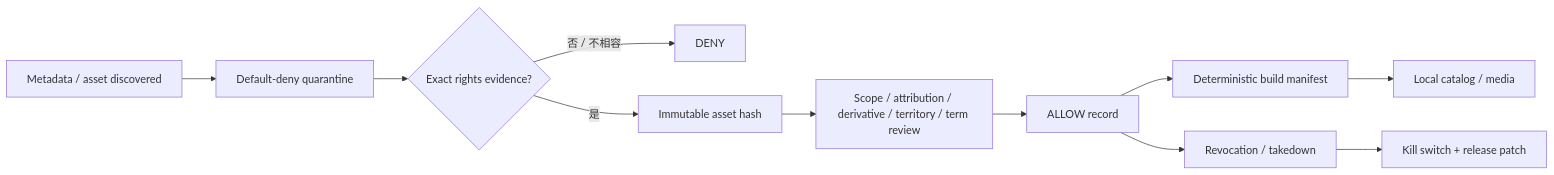
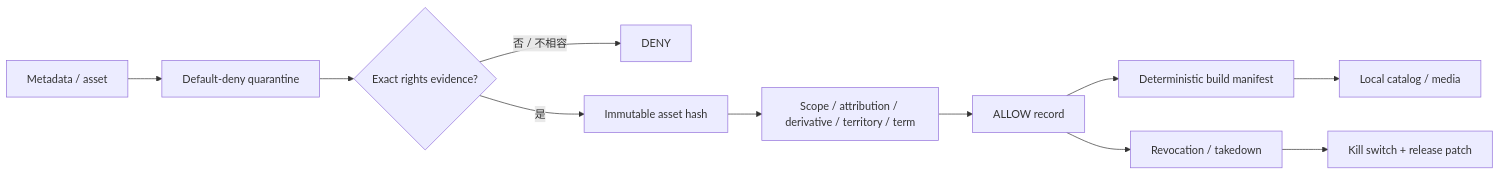
Before and after one commit to ed3c/gym-come-true: the third of 4 diagrams in README.zh-TW.md, drawn with Mermaid. The commit also changed other lines of this file and 4 other files, not shown here.

````diff
--- a/README.zh-TW.md
+++ b/README.zh-TW.md
@@ -141,13 +139,13 @@
 ```mermaid
 flowchart LR
-    Discover[Metadata / asset discovered] --> Quarantine[Default-deny quarantine]
+    Discover[Metadata / asset] --> Quarantine[Default-deny quarantine]
     Quarantine --> Rights{Exact rights evidence?}
     Rights -->|否 / 不相容| Deny[DENY]
     Rights -->|是| Hash[Immutable asset hash]
-    Hash --> Review[Scope / attribution / derivative / territory / term review]
+    Hash --> Review[Scope / attribution / derivative / territory / term]
     Review --> Allow[ALLOW record]
     Allow --> Package[Deterministic build manifest]
     Package --> App[Local catalog / media]
     Allow --> Revoke[Revocation / takedown]
     Revoke --> Remove[Kill switch + release patch]
 ```
````
